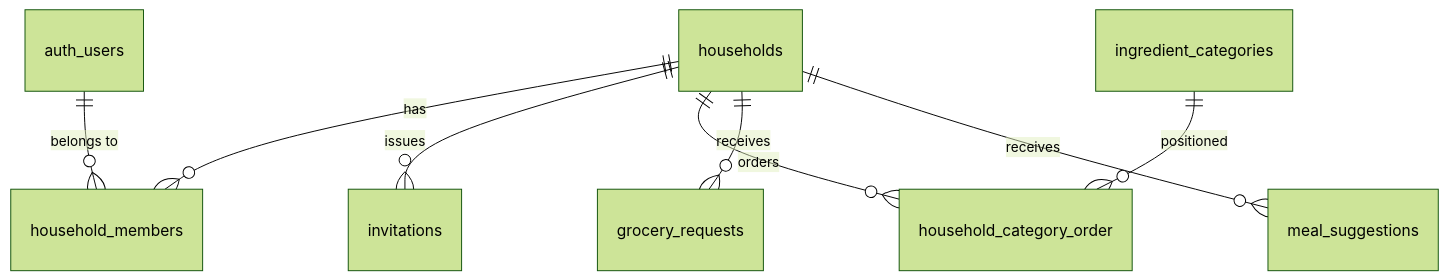
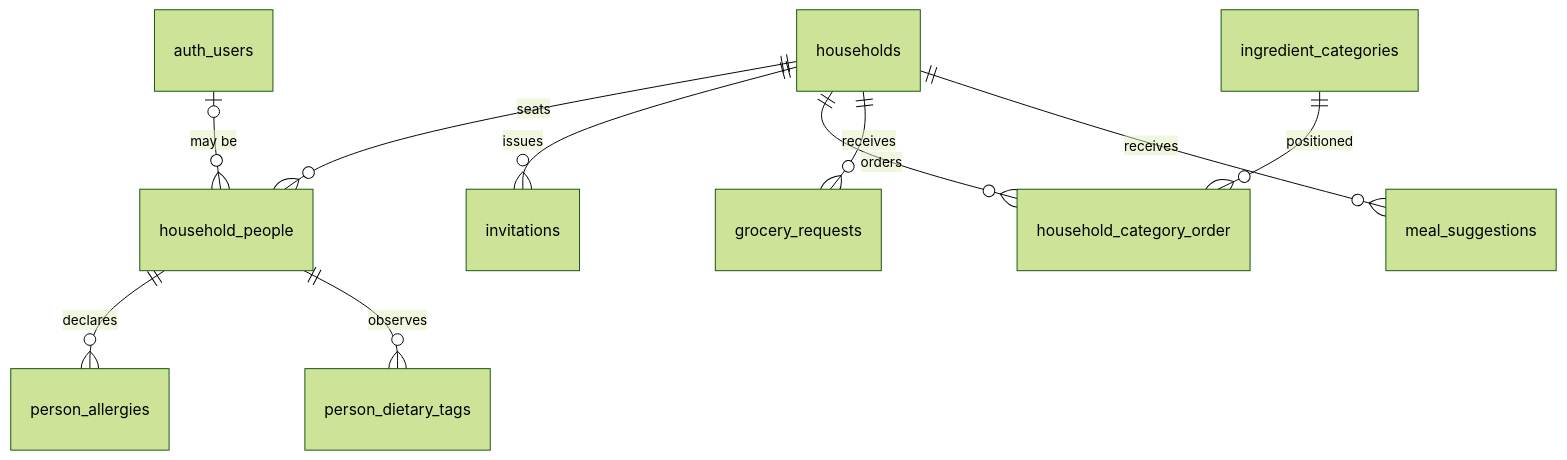
The second of 9 diagrams in docs/data.md (edward-sf/ladle), drawn with Mermaid (forest theme) before and after one commit. The commit also changed other lines of this file and 5 other files, not shown here.

````diff
--- a/docs/data.md
+++ b/docs/data.md
@@ -503,10 +514,12 @@
 ```mermaid
 erDiagram
-  households ||--o{ household_members : has
+  households ||--o{ household_people : seats
   households ||--o{ invitations : issues
   households ||--o{ household_category_order : orders
   households ||--o{ grocery_requests : receives
   households ||--o{ meal_suggestions : receives
-  auth_users ||--o{ household_members : "belongs to"
+  auth_users |o--o{ household_people : "may be"
+  household_people ||--o{ person_allergies : declares
+  household_people ||--o{ person_dietary_tags : observes
   ingredient_categories ||--o{ household_category_order : positioned
 ```
````
